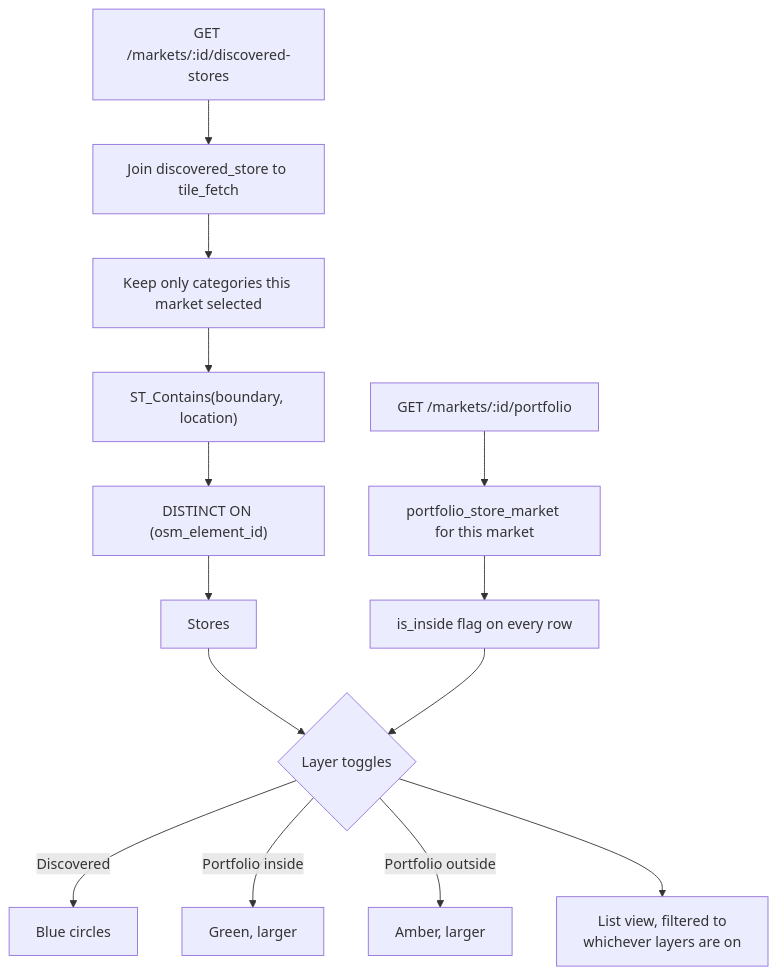
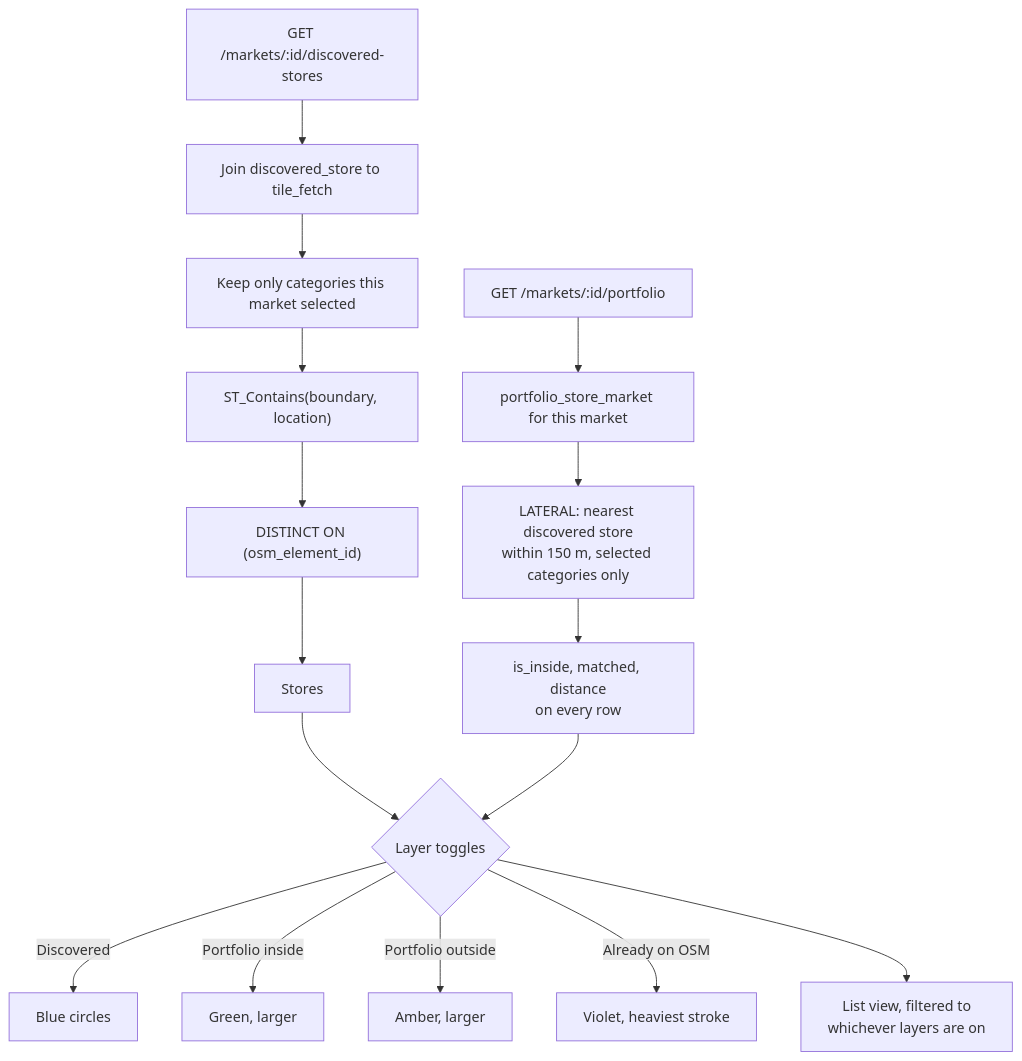
The third of 4 diagrams in docs/flowcharts.md (bsncodes/market-scope), drawn with Mermaid before and after one commit. The commit also changed other lines of this file and 16 other files, not shown here.

````diff
--- a/docs/flowcharts.md
+++ b/docs/flowcharts.md
@@ -90,18 +90,20 @@
 ```mermaid
 flowchart TD
     A["GET /markets/:id/discovered-stores"] --> B["Join discovered_store to tile_fetch"]
     B --> C["Keep only categories this market selected"]
     C --> D["ST_Contains(boundary, location)"]
     D --> E["DISTINCT ON (osm_element_id)"]
     E --> F["Stores"]
 
     G["GET /markets/:id/portfolio"] --> H["portfolio_store_market for this market"]
-    H --> I["is_inside flag on every row"]
+    H --> H2["LATERAL: nearest discovered store<br/>within 150 m, selected categories only"]
+    H2 --> I["is_inside, matched, distance<br/>on every row"]
 
     F --> J{"Layer toggles"}
     I --> J
     J -->|"Discovered"| K["Blue circles"]
     J -->|"Portfolio inside"| L["Green, larger"]
     J -->|"Portfolio outside"| M["Amber, larger"]
+    J -->|"Already on OSM"| M2["Violet, heaviest stroke"]
     J --> N["List view, filtered to<br/>whichever layers are on"]
 ```
````
